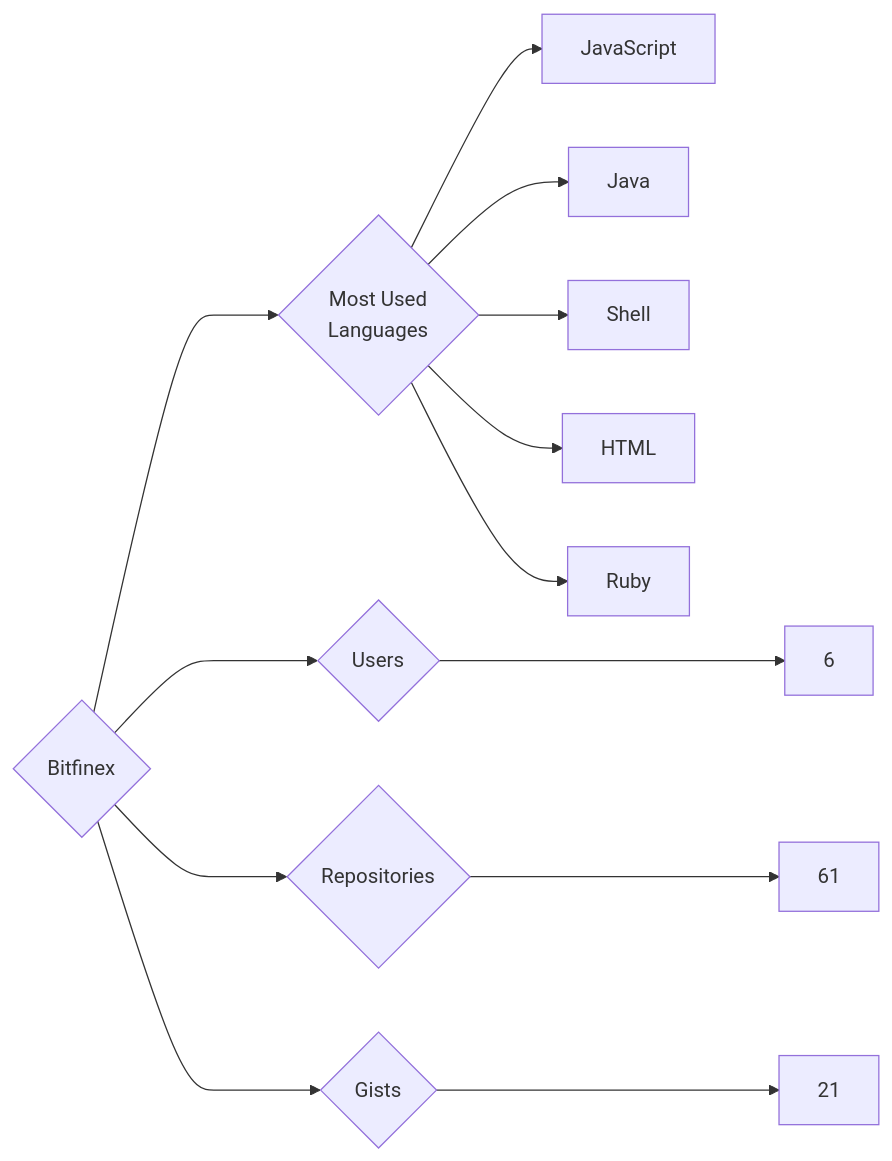
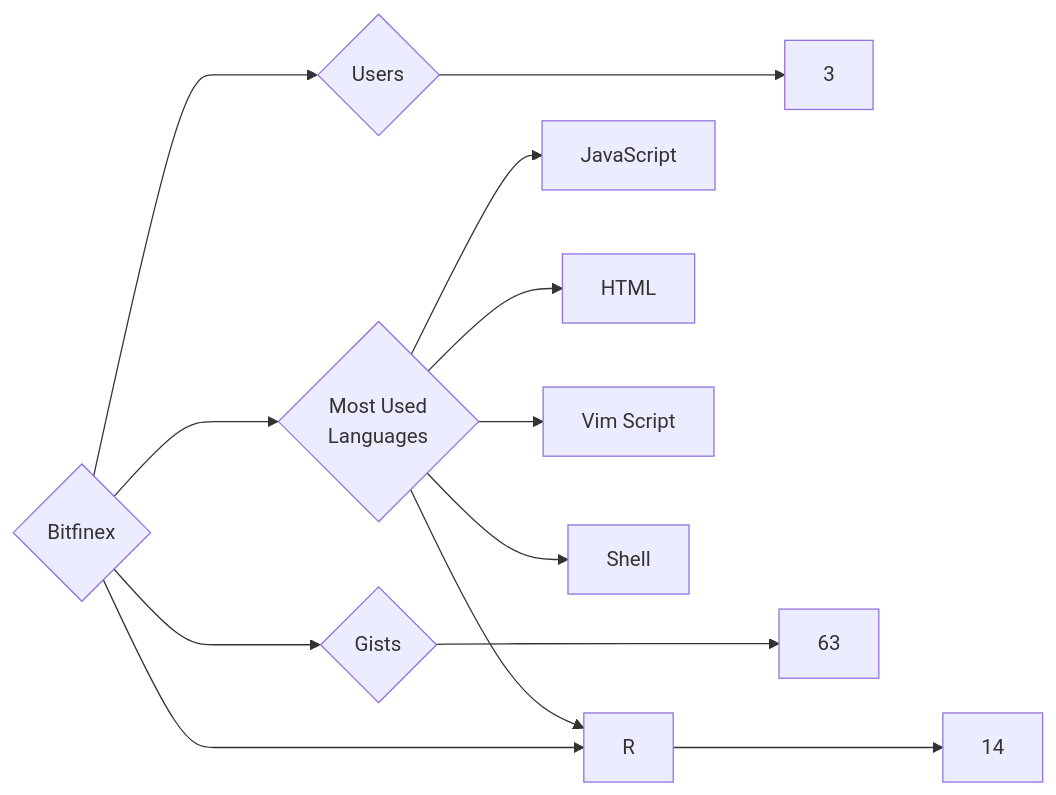
One commit to trickest/insiders changed the diagram in targets/Bitfinex/README.md. Above: the diagram before and after it, drawn with Mermaid. The commit also changed 1030 other files, not shown here.

````diff
--- a/targets/Bitfinex/README.md
+++ b/targets/Bitfinex/README.md
@@ -3,13 +3,13 @@
 ```mermaid
 graph LR
 COMPANY_NAME{Bitfinex}
-COMPANY_NAME ---> U{Users} ---> UN[6]
-COMPANY_NAME ---> R{Repositories} ---> RN[61]
-COMPANY_NAME ---> G{Gists} ---> GN[21]
+COMPANY_NAME ---> U{Users} ---> UN[3]
+COMPANY_NAME ---> R{Repositories} ---> RN[14]
+COMPANY_NAME ---> G{Gists} ---> GN[63]
 COMPANY_NAME ---> ML{Most Used<br>Languages}
 ML --> JavaScript[JavaScript]
-ML --> Java[Java]
+ML --> HTML[HTML]
+ML --> Vim_Script[Vim Script]
 ML --> Shell[Shell]
-ML --> HTML[HTML]
-ML --> Ruby[Ruby]
+ML --> R[R]
 ```
````
